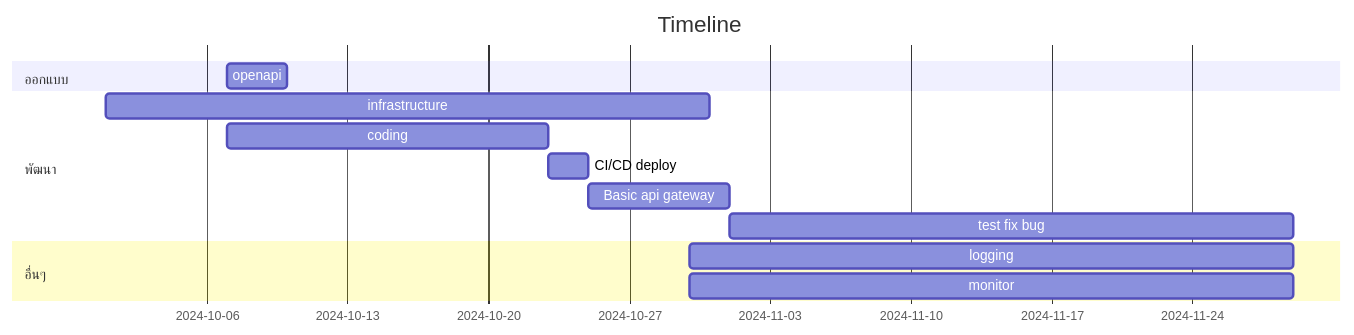
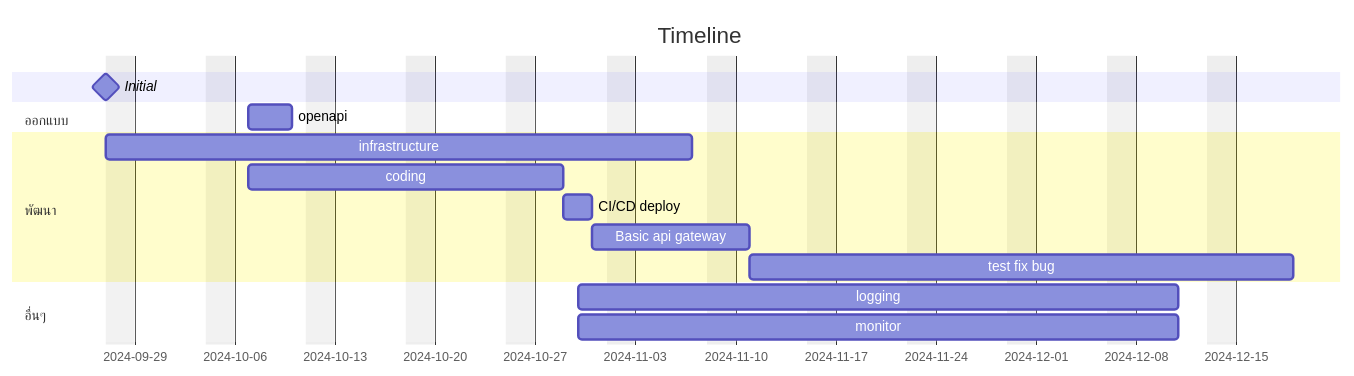
The fifth of 5 diagrams in ktb-amed/README.md (lionants02/public), drawn with Mermaid before and after one commit.

Commit message:
update timeline

````diff
--- a/ktb-amed/README.md
+++ b/ktb-amed/README.md
@@ -106,16 +106,19 @@
 ```mermaid
 gantt
     title Timeline
     dateFormat YYYY-MM-DD
+    excludes weekends
+    weekend friday
+    Initial : milestone,m1 ,2024-09-27,0d
     section ออกแบบ
         openapi          :a1, 2024-10-07, 3d
     section พัฒนา
-        infrastructure: 2024-10-01, 30d
+        infrastructure: 2024-09-27, 30d
         coding :2024-10-07, 16d
         CI/CD deploy    :2d
         Basic api gateway    :7d
         test fix bug    :28d
     section อื่นๆ
         logging :2024-10-30, 30d
         monitor :2024-10-30, 30d
 ```
````
